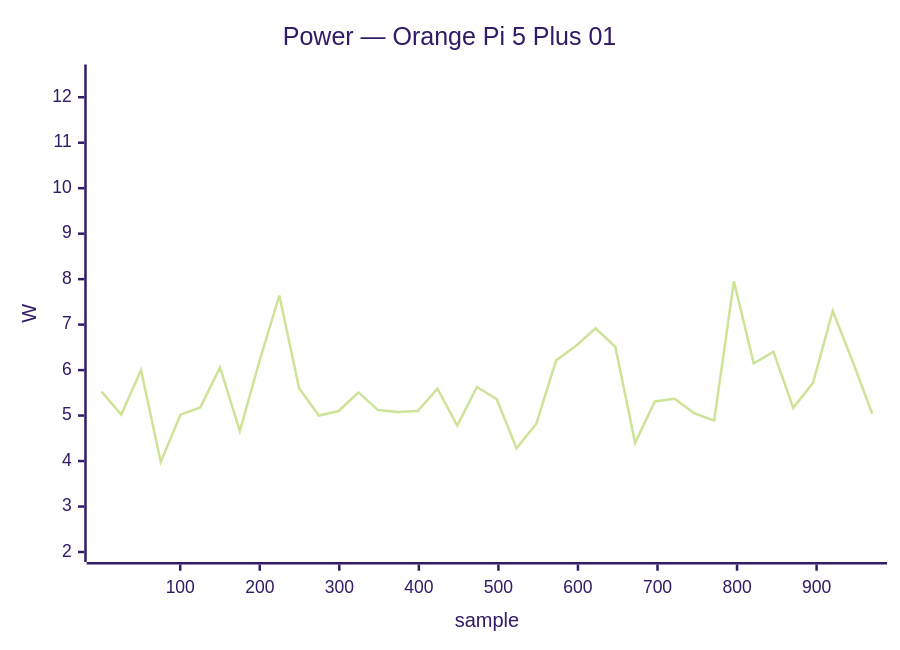
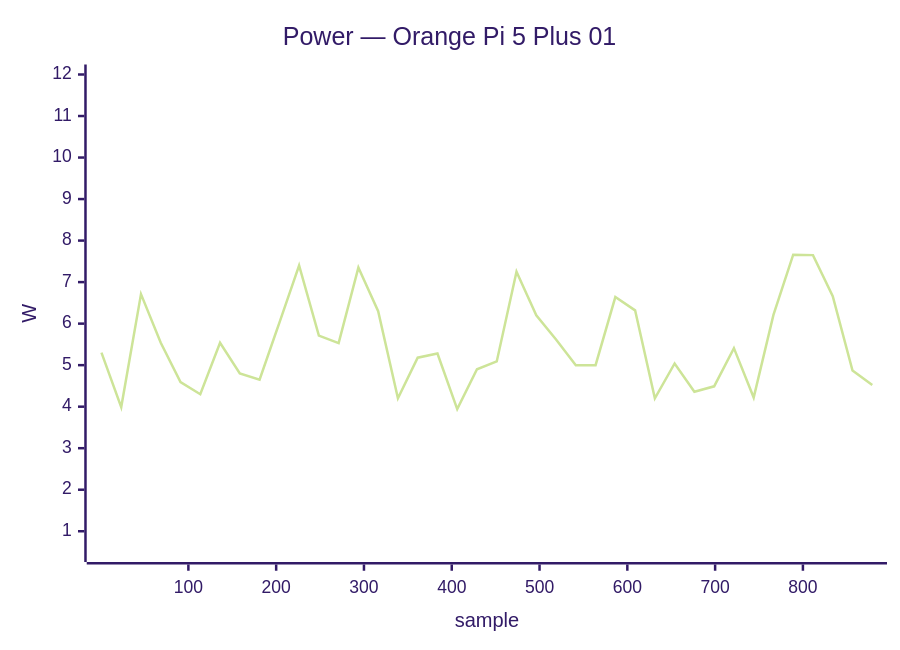
Before and after one commit to armbian/documentation: the fifth of 34 diagrams in docs/status/board-tests.md, drawn with Mermaid (forest theme). The commit also changed other lines of this file, not shown here.

````diff
--- a/docs/status/board-tests.md
+++ b/docs/status/board-tests.md
@@ -245,7 +245,7 @@
 ```mermaid
 xychart-beta
     title "Power — Orange Pi 5 Plus 01"
-    x-axis "sample" 1 --> 970
-    y-axis "W" 2.0 --> 12.5
-    line [5.53, 5.02, 6.00, 3.98, 5.02, 5.18, 6.06, 4.66, 6.21, 7.64, 5.60, 5.00, 5.10, 5.51, 5.12, 5.08, 5.10, 5.59, 4.78, 5.63, 5.36, 4.28, 4.82, 6.21, 6.53, 6.92, 6.51, 4.40, 5.31, 5.37, 5.05, 4.89, 7.95, 6.15, 6.40, 5.17, 5.72, 7.30, 6.20, 5.04]
+    x-axis "sample" 1 --> 879
+    y-axis "W" 0.5 --> 12.0
+    line [5.30, 3.99, 6.71, 5.54, 4.59, 4.30, 5.54, 4.80, 4.65, 6.02, 7.40, 5.71, 5.53, 7.35, 6.30, 4.20, 5.18, 5.28, 3.94, 4.90, 5.09, 7.25, 6.20, 5.62, 5.00, 5.00, 6.64, 6.32, 4.20, 5.04, 4.36, 4.49, 5.41, 4.22, 6.21, 7.66, 7.65, 6.66, 4.87, 4.52]
 ```
````
